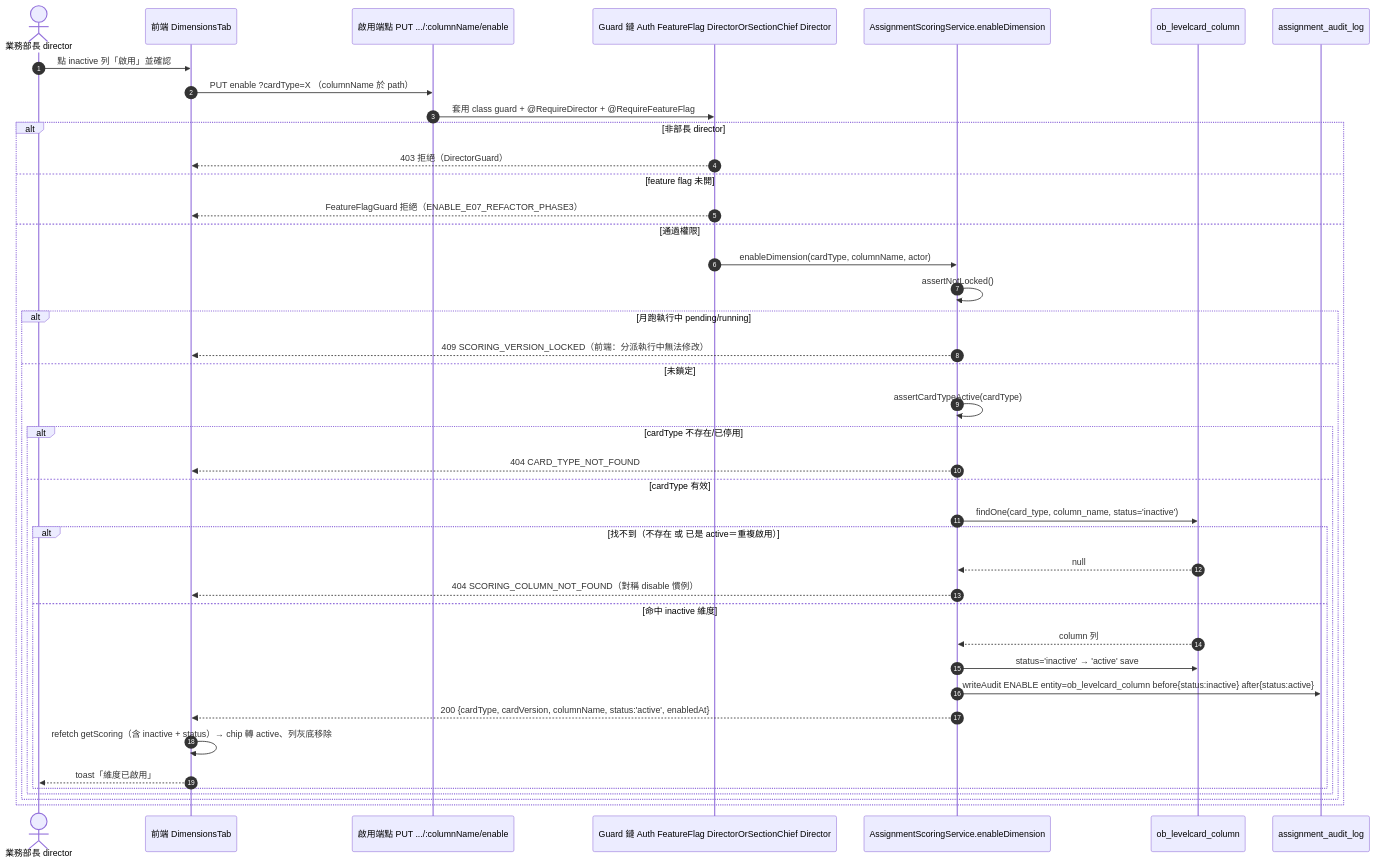
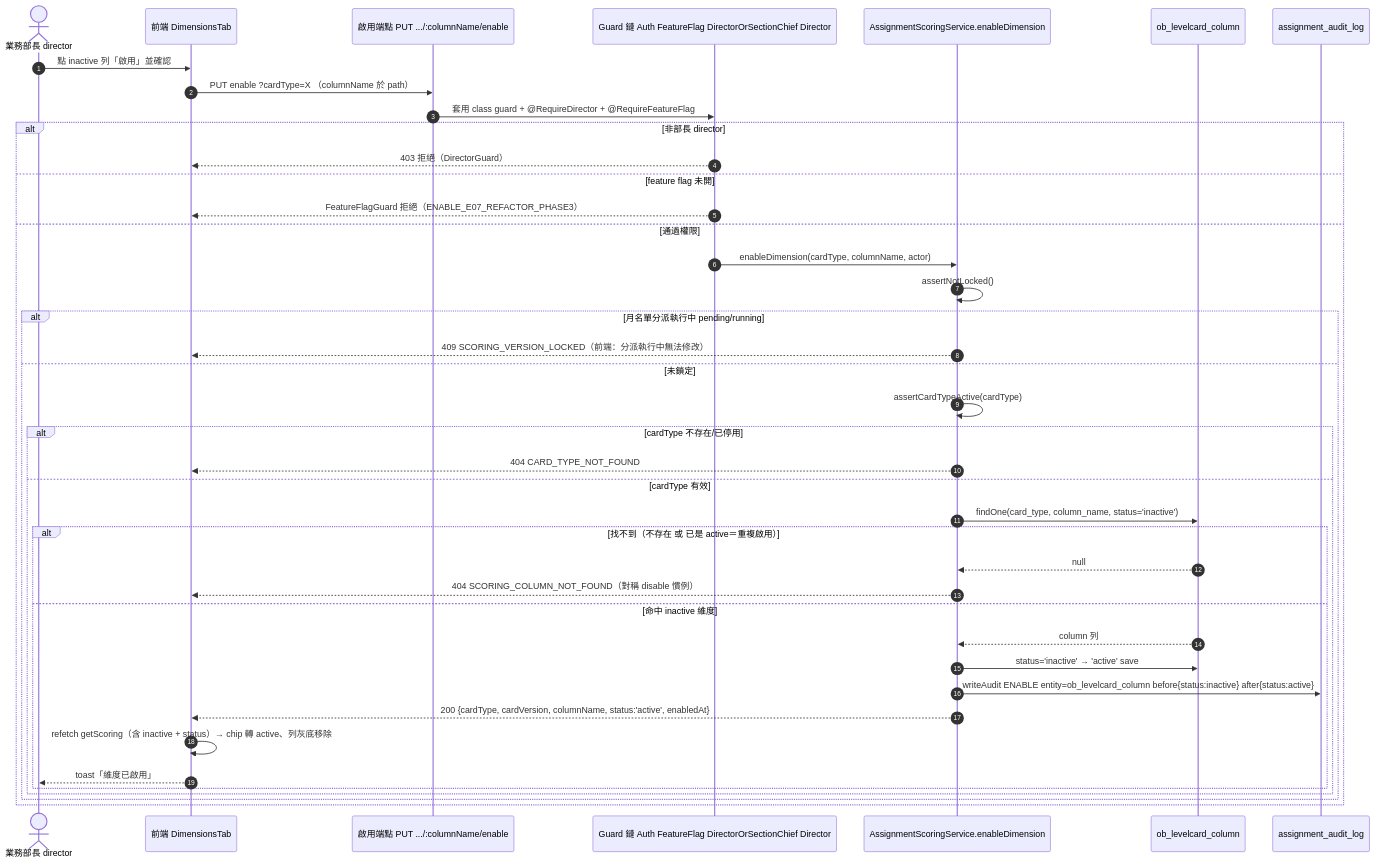
The diagram in docs/specs/diagrams/F106-enable-dimension-flow.mmd (wisewhalesoft/cdmp-mvp), drawn with Mermaid before and after one commit. The commit also changed 283 other files, not shown here.

```diff
--- a/docs/specs/diagrams/F106-enable-dimension-flow.mmd
+++ b/docs/specs/diagrams/F106-enable-dimension-flow.mmd
@@ -1,45 +1,45 @@
 %% F106 啟用計分維度流程（對稱於 F054 disable）：前端 inactive 列點「啟用」→ PUT /assignment/scoring/dimensions/:columnName/enable → Guard 鏈（Auth/FeatureFlag/DirectorOrSectionChief/Director）→ service enableDimension：assertNotLocked(409)→assertCardTypeActive(404)→findOne(status=inactive，找不到 404 含重複啟用)→ status=active save → writeAudit(action=ENABLE) → 回 {status:active, enabledAt} → 前端 refetch getScoring。對稱點：disable 用 findOne(status=active)、寫 status=inactive、action=DISABLE。
 sequenceDiagram
     autonumber
     actor U as 業務部長 director
     participant FE as 前端 DimensionsTab
     participant API as 啟用端點 PUT .../:columnName/enable
     participant G as Guard 鏈 Auth FeatureFlag DirectorOrSectionChief Director
     participant SVC as AssignmentScoringService.enableDimension
     participant DB as ob_levelcard_column
     participant AUD as assignment_audit_log
 
     U->>FE: 點 inactive 列「啟用」並確認
     FE->>API: PUT enable ?cardType=X （columnName 於 path）
     API->>G: 套用 class guard + @RequireDirector + @RequireFeatureFlag
 
     alt 非部長 director
         G-->>FE: 403 拒絕（DirectorGuard）
     else feature flag 未開
         G-->>FE: FeatureFlagGuard 拒絕（ENABLE_E07_REFACTOR_PHASE3）
     else 通過權限
         G->>SVC: enableDimension(cardType, columnName, actor)
 
         SVC->>SVC: assertNotLocked()
-        alt 月跑執行中 pending/running
+        alt 月名單分派執行中 pending/running
             SVC-->>FE: 409 SCORING_VERSION_LOCKED（前端：分派執行中無法修改）
         else 未鎖定
             SVC->>SVC: assertCardTypeActive(cardType)
             alt cardType 不存在/已停用
                 SVC-->>FE: 404 CARD_TYPE_NOT_FOUND
             else cardType 有效
                 SVC->>DB: findOne(card_type, column_name, status='inactive')
                 alt 找不到（不存在 或 已是 active＝重複啟用）
                     DB-->>SVC: null
                     SVC-->>FE: 404 SCORING_COLUMN_NOT_FOUND（對稱 disable 慣例）
                 else 命中 inactive 維度
                     DB-->>SVC: column 列
                     SVC->>DB: status='inactive' → 'active' save
                     SVC->>AUD: writeAudit ENABLE entity=ob_levelcard_column before{status:inactive} after{status:active}
                     SVC-->>FE: 200 {cardType, cardVersion, columnName, status:'active', enabledAt}
                     FE->>FE: refetch getScoring（含 inactive + status）→ chip 轉 active、列灰底移除
                     FE-->>U: toast「維度已啟用」
                 end
             end
         end
     end
```
